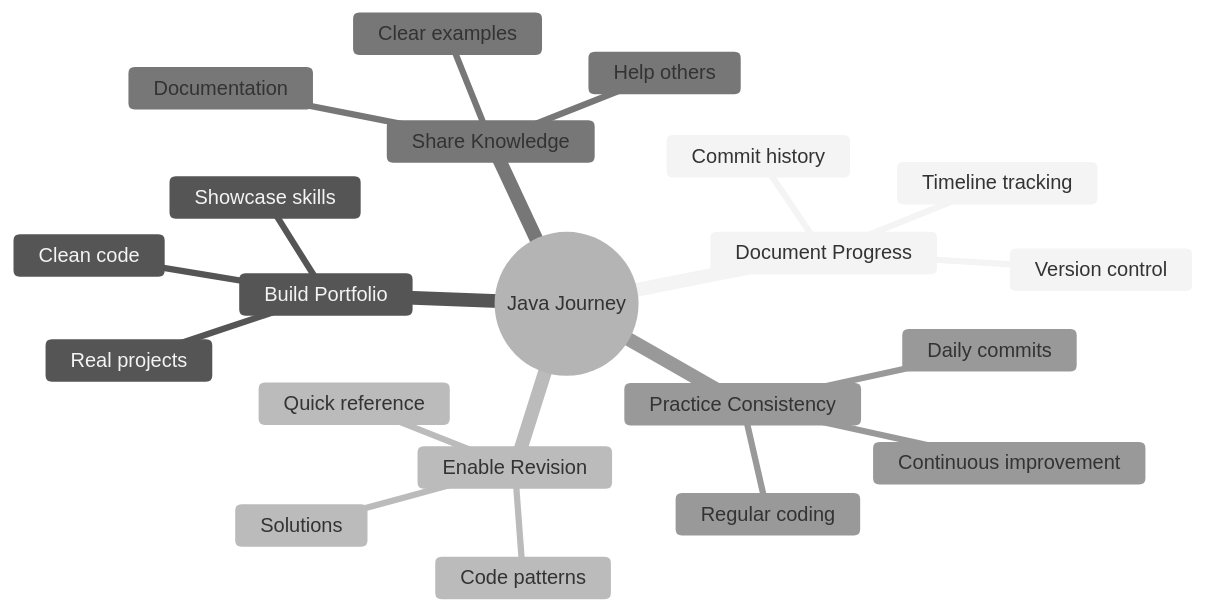
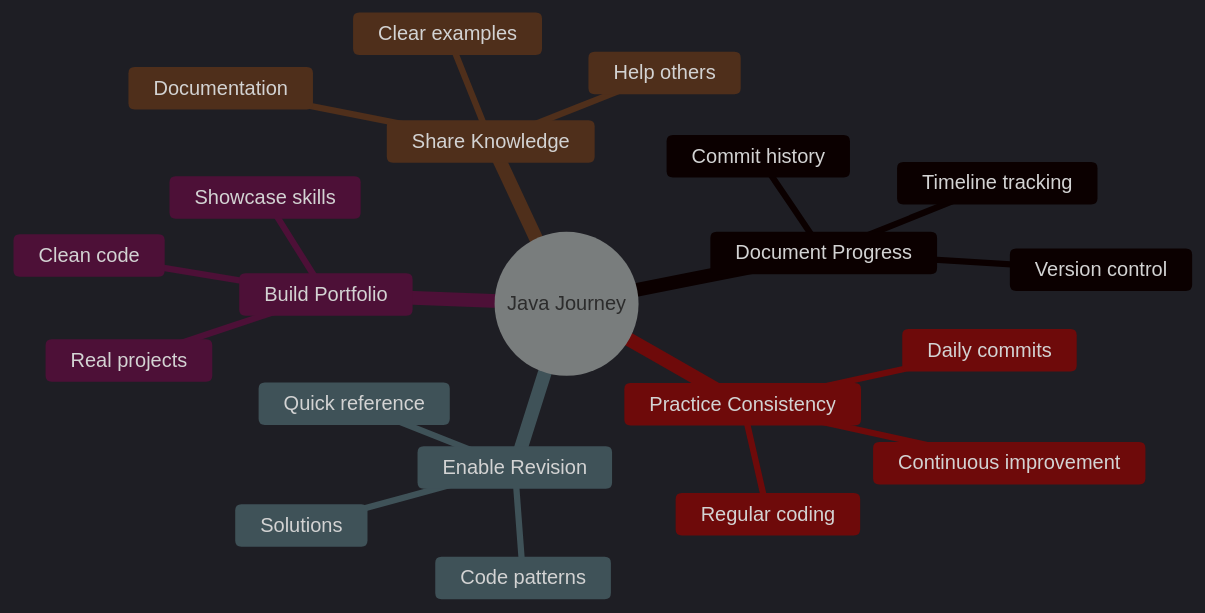
The first of 2 diagrams in README.md (akash0-real/java), drawn with Mermaid before and after one commit.

````diff
--- a/README.md
+++ b/README.md
@@ -82,25 +82,25 @@
 ```mermaid
-%%{init: {'theme': 'neutral'}}%%
+%%{init: {'theme': 'dark'}}%%
 mindmap
   root((Java Journey))
     Document Progress
       Timeline tracking
       Commit history
       Version control
     Build Portfolio
       Showcase skills
       Real projects
       Clean code
     Enable Revision
       Quick reference
       Code patterns
       Solutions
     Share Knowledge
       Help others
       Clear examples
       Documentation
     Practice Consistency
       Regular coding
       Continuous improvement
       Daily commits
 ```
````
